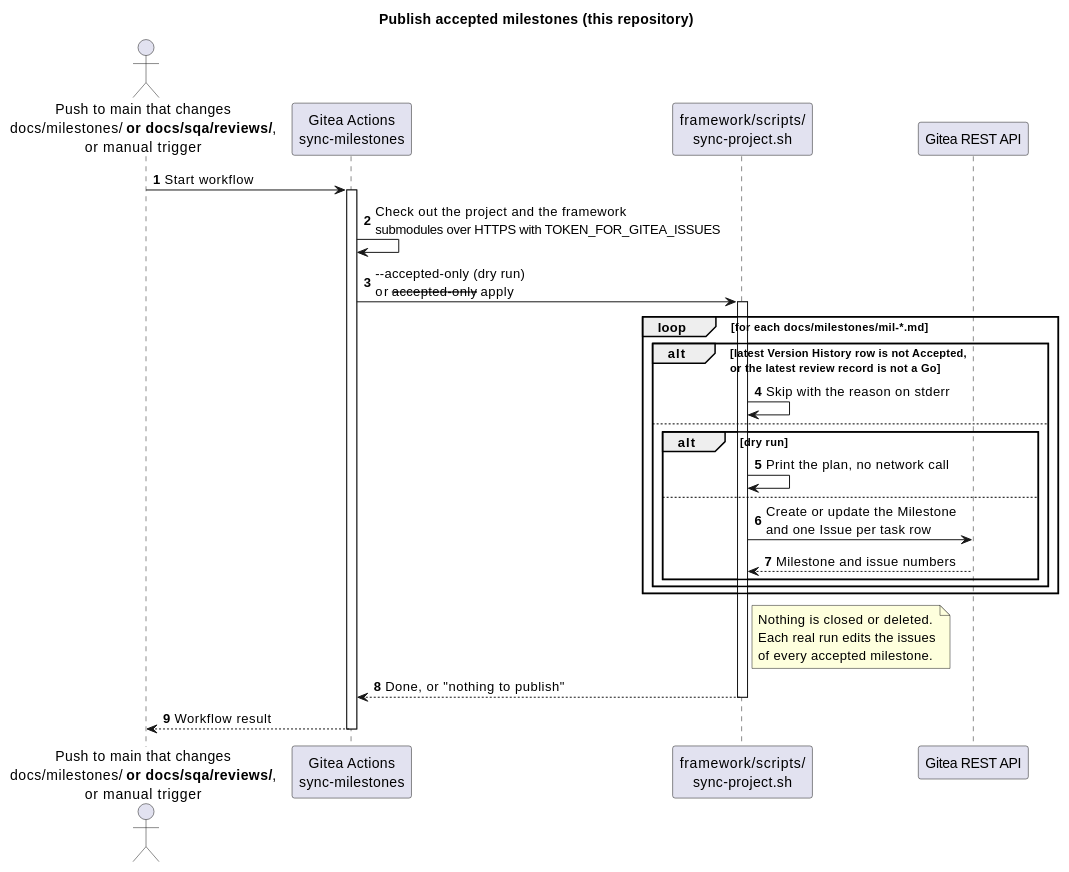
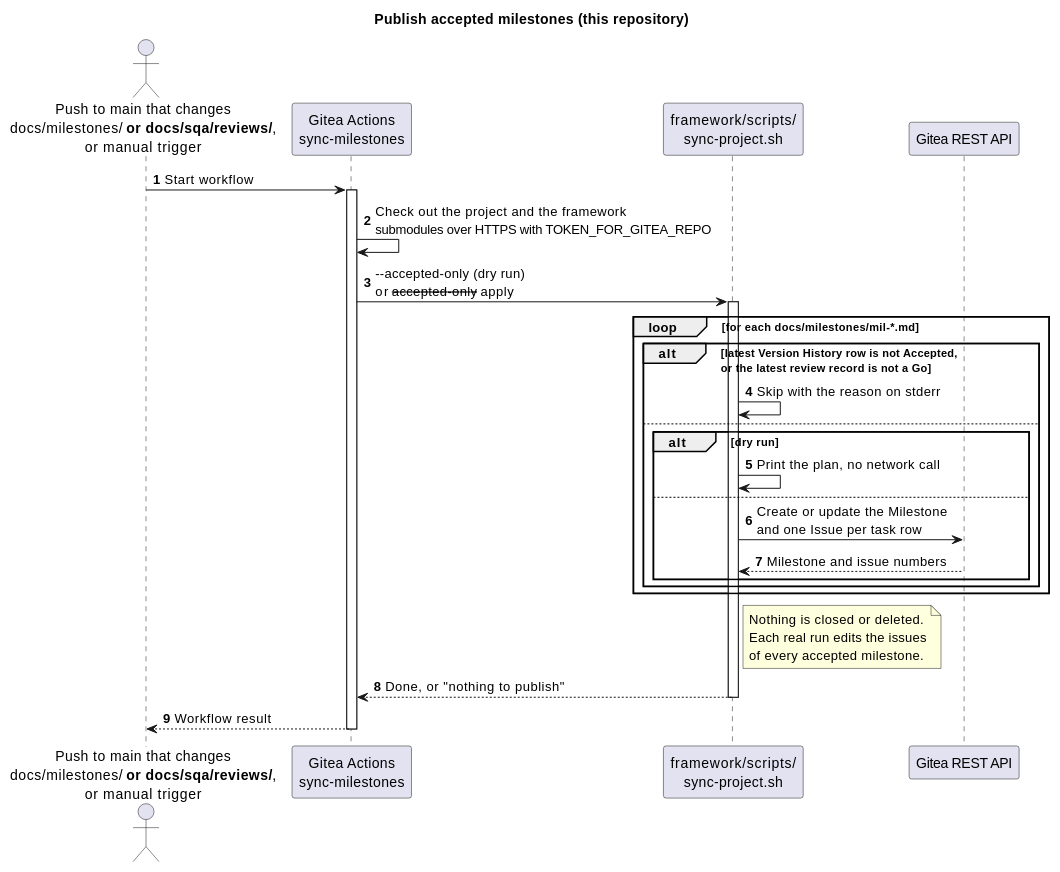
The ninth of 10 diagrams in README.md (TirSystem/git-workflows), drawn with PlantUML before and after one commit. The commit also changed 5 other files, not shown here.

First line of the commit message:
Check out with TOKEN_FOR_GITEA_REPO in the milestone sync

````diff
--- a/README.md
+++ b/README.md
@@ -430,41 +430,41 @@
 ```plantuml
 @startuml
 title Publish accepted milestones (this repository)
 
 autonumber
 
 actor "Push to main that changes\ndocs/milestones/** or docs/sqa/reviews/**,\nor manual trigger" as Trigger
 participant "Gitea Actions\nsync-milestones" as Workflow
 participant "framework/scripts/\nsync-project.sh" as Script
 participant "Gitea REST API" as Gitea
 
 Trigger -> Workflow: Start workflow
 activate Workflow
-Workflow -> Workflow: Check out the project and the framework\nsubmodules over HTTPS with TOKEN_FOR_GITEA_ISSUES
+Workflow -> Workflow: Check out the project and the framework\nsubmodules over HTTPS with TOKEN_FOR_GITEA_REPO
 Workflow -> Script: --accepted-only (dry run)\nor --accepted-only --apply
 activate Script
 
 loop for each docs/milestones/mil-*.md
   alt latest Version History row is not Accepted,\nor the latest review record is not a Go
     Script -> Script: Skip with the reason on stderr
   else
     alt dry run
       Script -> Script: Print the plan, no network call
     else
       Script -> Gitea: Create or update the Milestone\nand one Issue per task row
       Gitea --> Script: Milestone and issue numbers
     end
   end
 end
 
 note right of Script
 Nothing is closed or deleted.
 Each real run edits the issues
 of every accepted milestone.
 end note
 Script --> Workflow: Done, or "nothing to publish"
 deactivate Script
 Workflow --> Trigger: Workflow result
 deactivate Workflow
 @enduml
 ```
````
